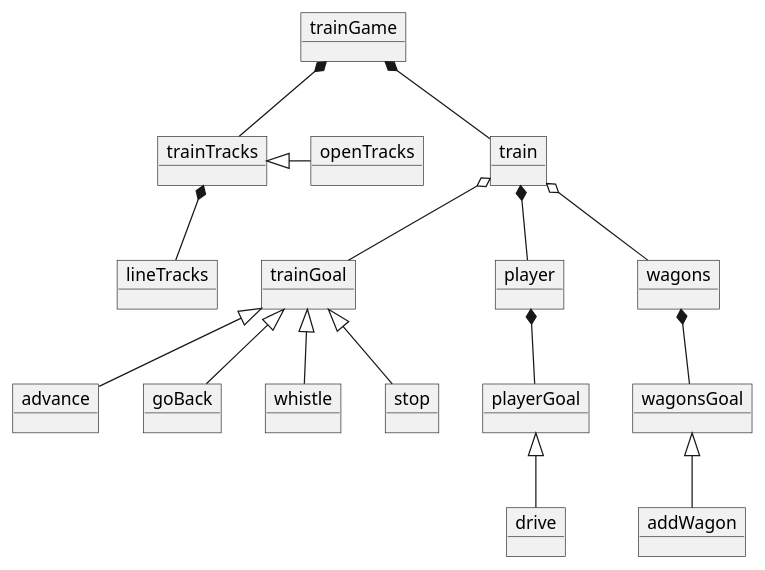
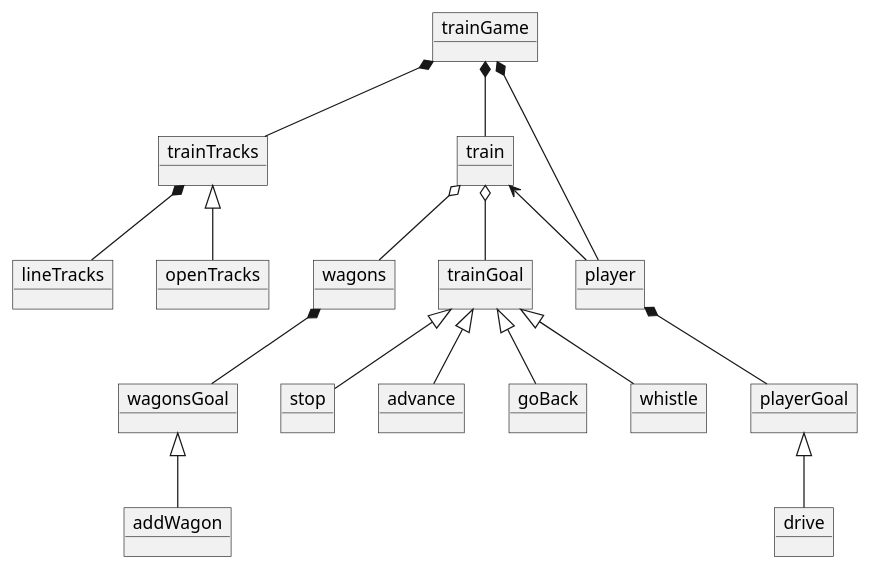
Before and after one commit to ederramos01/01-train: the diagram in docs/train-diagram.puml, drawn with PlantUML. The commit also changed 7 other files, not shown here.

```diff
--- a/docs/train-diagram.puml
+++ b/docs/train-diagram.puml
@@ -1,44 +1,45 @@
 @startuml trainModel
 
     object trainGame
     object train
     object trainTracks
     object lineTracks
     object openTracks
     
     object wagons
     object wagonsGoal
     object addWagon
     object trainGoal
     object stop
     object advance
     object goBack
     object whistle
     object player
     object playerGoal
     object drive
 
     trainGame *-- train
-    
+    trainGame *-- trainTracks
+    trainGame *-- player
+
     train o-- wagons
     train o-- trainGoal
-    train *-- player
+    train <-- player
     
-    trainGame *-- trainTracks
-    openTracks -right-|> trainTracks
+    openTracks -up-|> trainTracks
     trainTracks *-- lineTracks
 
     wagons *-- wagonsGoal
     addWagon -up-|> wagonsGoal
 
     player *-- playerGoal
     drive -up-|> playerGoal
 
     trainGoal <|-- stop
     trainGoal <|-- advance
     trainGoal <|-- goBack
     trainGoal <|-- whistle
 
     
 
 @enduml
```
